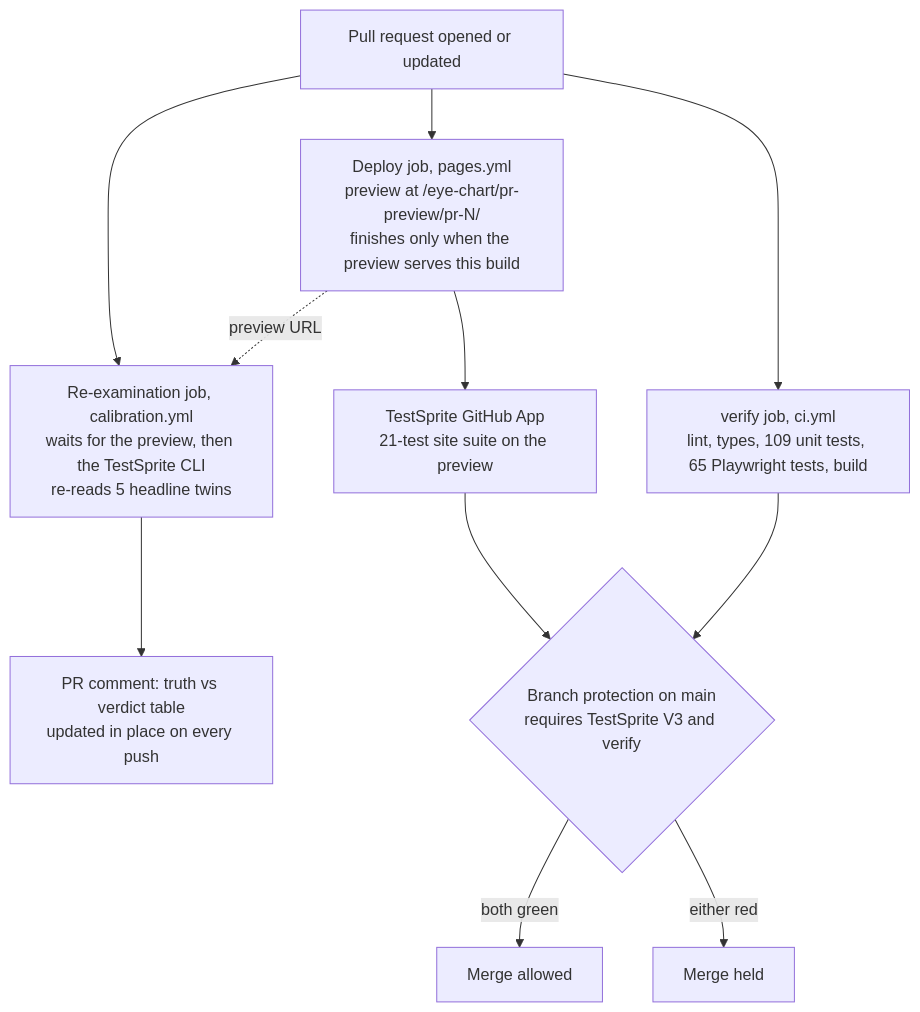
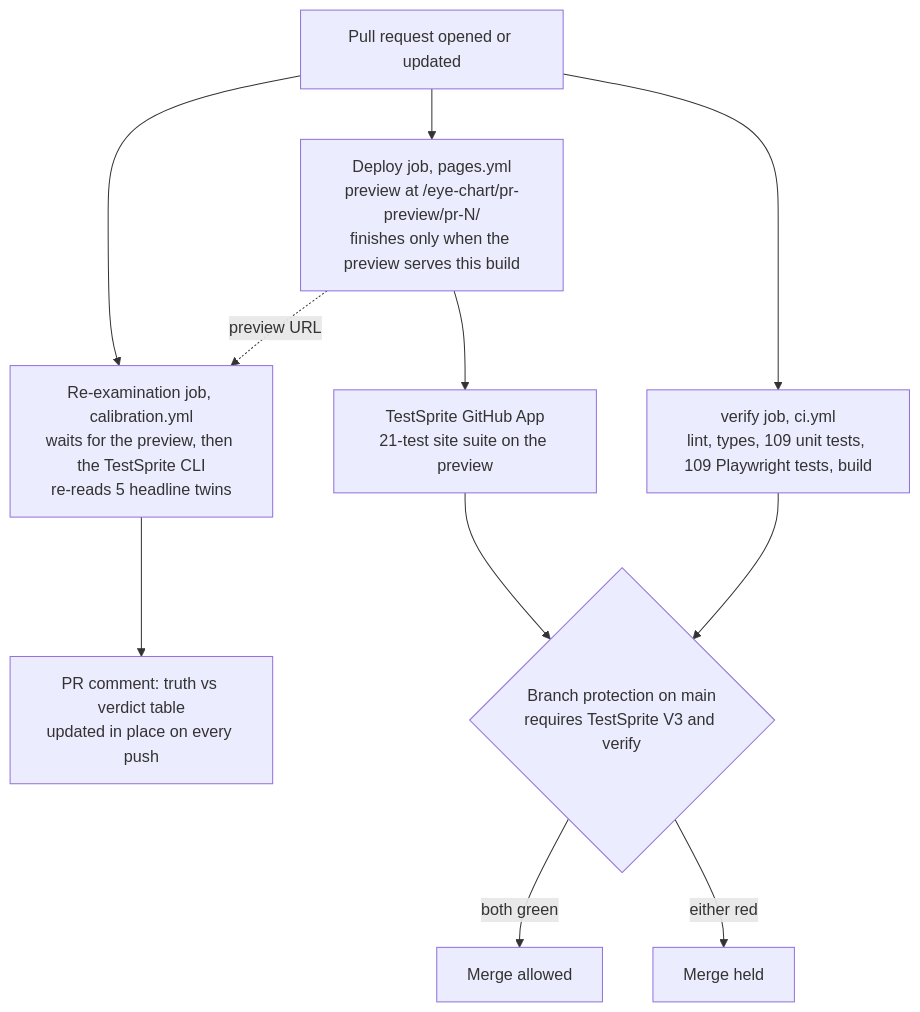
One commit to Yazan-O/eye-chart changed the second of 2 diagrams in README.md. Above: the diagram before and after it, drawn with Mermaid. The commit also changed other lines of this file and 1 other file, not shown here.

````diff
--- a/README.md
+++ b/README.md
@@ -188,13 +189,13 @@
 ```mermaid
 flowchart TD
-  PR["Pull request opened or updated"] --> VER["verify job, ci.yml<br/>lint, types, 109 unit tests, 65 Playwright tests, build"]
+  PR["Pull request opened or updated"] --> VER["verify job, ci.yml<br/>lint, types, 109 unit tests, 109 Playwright tests, build"]
   PR --> DEP["Deploy job, pages.yml<br/>preview at /eye-chart/pr-preview/pr-N/<br/>finishes only when the preview serves this build"]
   DEP --> APP["TestSprite GitHub App<br/>21-test site suite on the preview"]
   PR --> RX["Re-examination job, calibration.yml<br/>waits for the preview, then the TestSprite CLI<br/>re-reads 5 headline twins"]
   DEP -. "preview URL" .-> RX
   RX --> CM["PR comment: truth vs verdict table<br/>updated in place on every push"]
   APP --> GATE{"Branch protection on main<br/>requires TestSprite V3 and verify"}
   VER --> GATE
   GATE -- "both green" --> MERGE["Merge allowed"]
   GATE -- "either red" --> HOLD["Merge held"]
 ```
````
